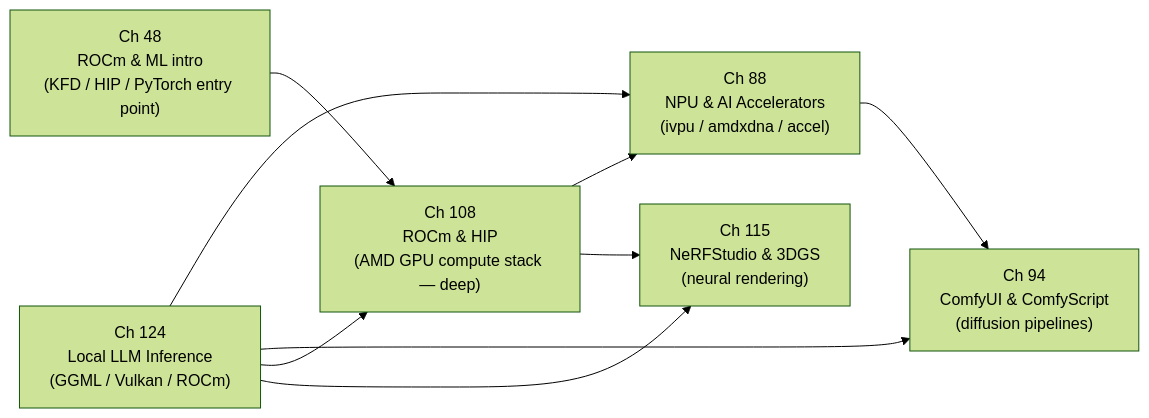
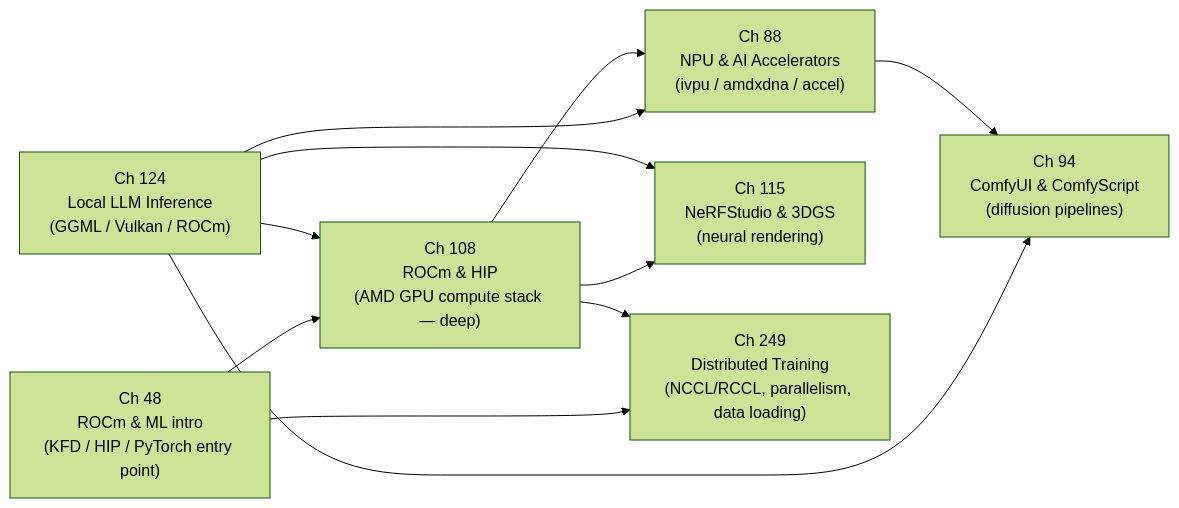
The diagram in chapters/part-20-ai-inference/part-intro.md (jreuben11/linux-graphics-stack-book), drawn with Mermaid (forest theme) before and after one commit. The commit also changed other lines of this file and 10 other files, not shown here.

First line of the commit message:
Add Production Rendering part (Ch247-248), Ch249 distributed training, ch38b RT scheduling

````diff
--- a/chapters/part-20-ai-inference/part-intro.md
+++ b/chapters/part-20-ai-inference/part-intro.md
@@ -21,18 +23,21 @@
 ```mermaid
 graph LR
     CH48["Ch 48\nROCm & ML intro\n(KFD / HIP / PyTorch entry point)"]
     CH88["Ch 88\nNPU & AI Accelerators\n(ivpu / amdxdna / accel)"]
     CH94["Ch 94\nComfyUI & ComfyScript\n(diffusion pipelines)"]
     CH108["Ch 108\nROCm & HIP\n(AMD GPU compute stack — deep)"]
     CH115["Ch 115\nNeRFStudio & 3DGS\n(neural rendering)"]
     CH124["Ch 124\nLocal LLM Inference\n(GGML / Vulkan / ROCm)"]
+    CH249["Ch 249\nDistributed Training\n(NCCL/RCCL, parallelism, data loading)"]
 
     CH48 --> CH108
     CH124 --> CH88
     CH124 --> CH94
     CH124 --> CH108
     CH108 --> CH88
     CH108 --> CH115
     CH124 --> CH115
     CH88 --> CH94
+    CH48 --> CH249
+    CH108 --> CH249
 ```
````
